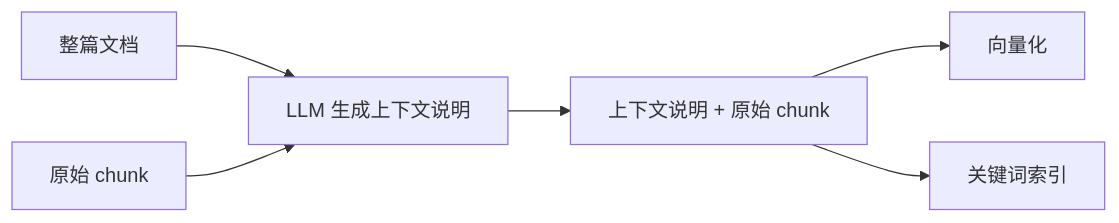
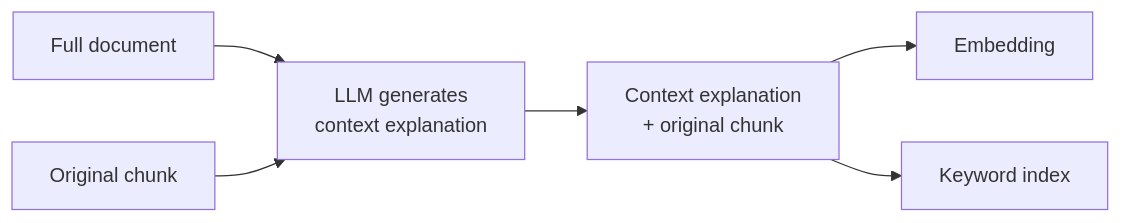
The third of 4 diagrams in docs/rag/02-ingestion-indexing/05-semantic-truncation.md (oneleaveknowsthefall/awesome-ai-roadmap), drawn with Mermaid before and after one commit. The commit also changed other lines of this file and 60 other files, not shown here.

````diff
--- a/docs/rag/02-ingestion-indexing/05-semantic-truncation.md
+++ b/docs/rag/02-ingestion-indexing/05-semantic-truncation.md
@@ -117,8 +119,8 @@
 ```mermaid
 flowchart LR
-    DOC[整篇文档] --> LLM[LLM 生成上下文说明]
-    CH[原始 chunk] --> LLM
-    LLM --> NEW[上下文说明 + 原始 chunk]
-    NEW --> EMB[向量化]
-    NEW --> BM[关键词索引]
+    DOC[Full document] --> LLM[LLM generates<br/>context explanation]
+    CH[Original chunk] --> LLM
+    LLM --> NEW[Context explanation<br/>+ original chunk]
+    NEW --> EMB[Embedding]
+    NEW --> BM[Keyword index]
 ```
````
